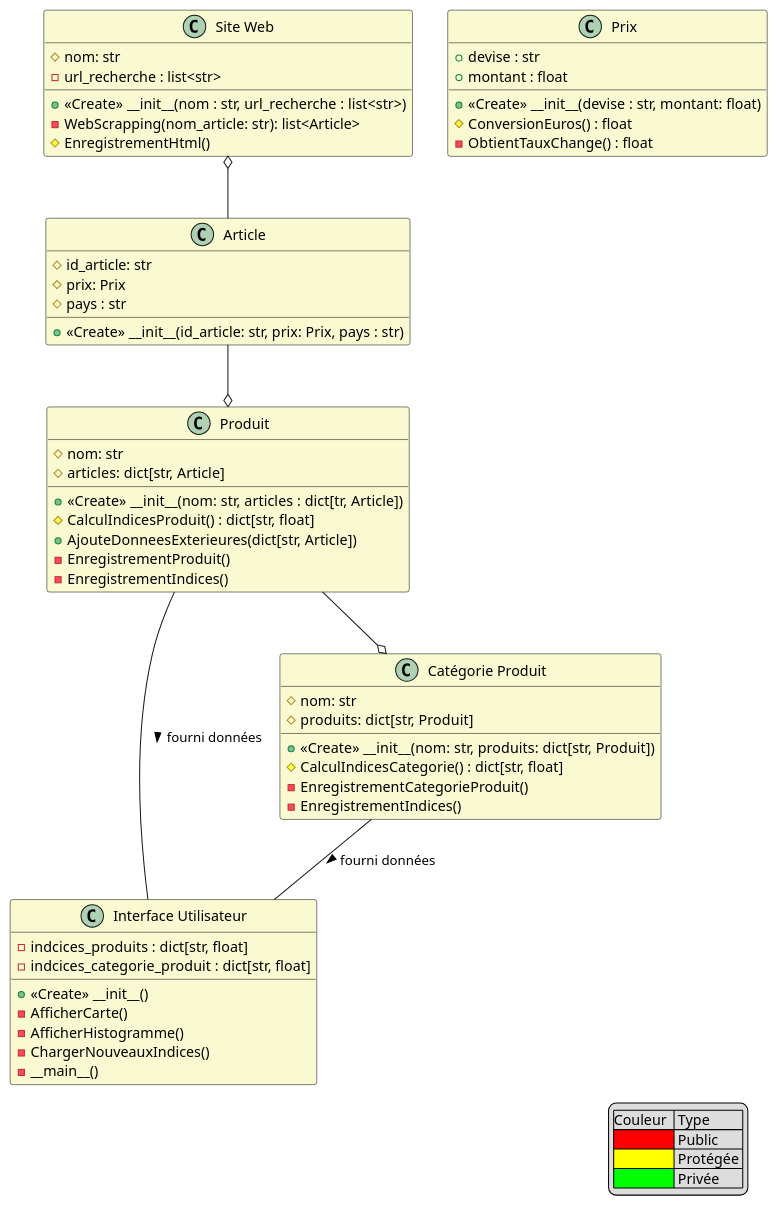
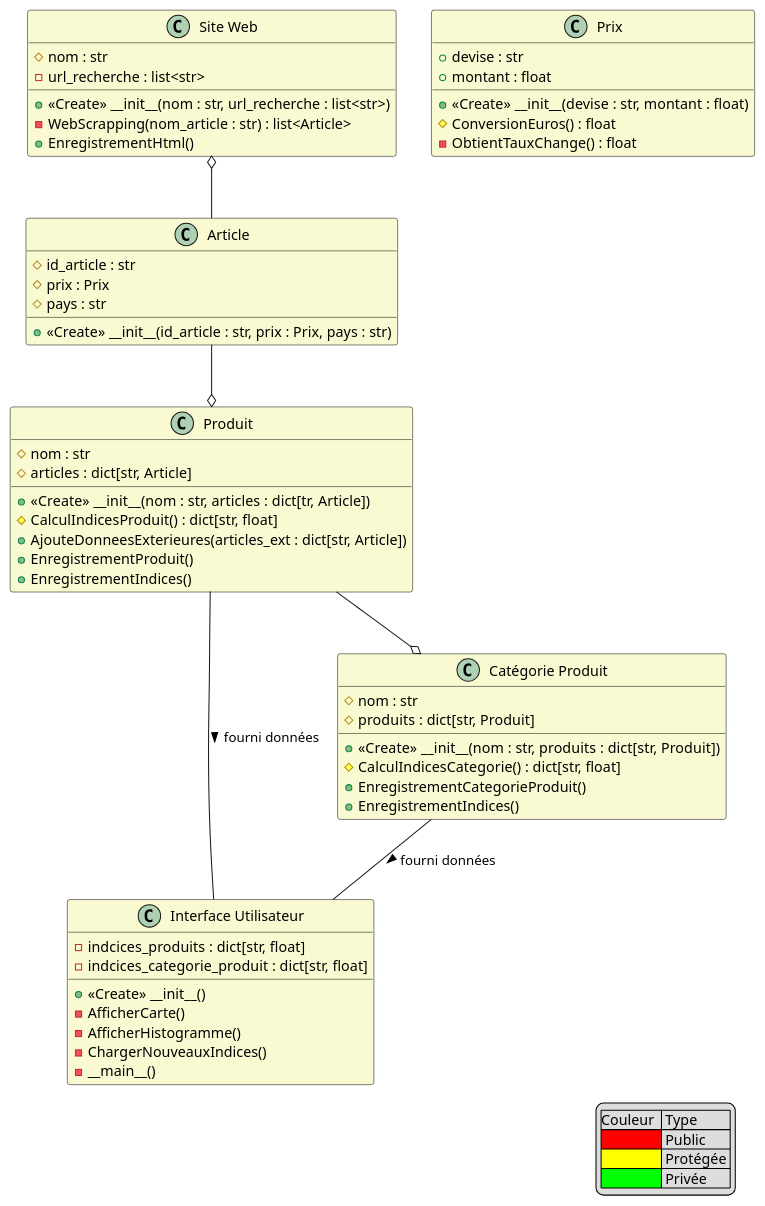
The diagram in diagrammes/uml.Pu (Sjats/ProjetTraitementdeDonnees2024), drawn with PlantUML before and after one commit.

```diff
--- a/diagrammes/uml.Pu
+++ b/diagrammes/uml.Pu
@@ -1,76 +1,76 @@
 @startuml
 legend right
     |Couleur  | Type     |
     |<#FF0000>| Public   |
     |<#FFFF00>| Protégée |
     |<#00FF00>| Privée   |
 endlegend
 
 skinparam class {
     BackgroundColor LightGoldenRodYellow
     BorderColor black
 }
 
 class "Site Web" {
-    # nom: str
+    # nom : str
     - url_recherche : list<str>
     + <<Create>> __init__(nom : str, url_recherche : list<str>)
-    - WebScrapping(nom_article: str): list<Article>
-    # EnregistrementHtml()
+    - WebScrapping(nom_article : str) : list<Article>
+    + EnregistrementHtml()
     
     
 }
 
 class "Interface Utilisateur" {
     - indcices_produits : dict[str, float]
     - indcices_categorie_produit : dict[str, float]
     + <<Create>> __init__()
     - AfficherCarte()
     - AfficherHistogramme()
     - ChargerNouveauxIndices()
     - __main__()
 }
 
 class Article {
-    # id_article: str
-    # prix: Prix
+    # id_article : str
+    # prix : Prix
     # pays : str
-    + <<Create>> __init__(id_article: str, prix: Prix, pays : str)
+    + <<Create>> __init__(id_article : str, prix : Prix, pays : str)
 }
 
 class Produit {
-    # nom: str
-    # articles: dict[str, Article]
-    + <<Create>> __init__(nom: str, articles : dict[tr, Article])
+    # nom : str
+    # articles : dict[str, Article]
+    + <<Create>> __init__(nom : str, articles : dict[tr, Article])
     # CalculIndicesProduit() : dict[str, float]
-    + AjouteDonneesExterieures(dict[str, Article]) 
-    - EnregistrementProduit()
-    - EnregistrementIndices()
+    + AjouteDonneesExterieures(articles_ext : dict[str, Article]) 
+    + EnregistrementProduit()
+    + EnregistrementIndices()
 }
 
 class "Catégorie Produit" {
-    # nom: str
-    # produits: dict[str, Produit]
-    + <<Create>> __init__(nom: str, produits: dict[str, Produit])
+    # nom : str
+    # produits : dict[str, Produit]
+    + <<Create>> __init__(nom : str, produits : dict[str, Produit])
     # CalculIndicesCategorie() : dict[str, float]
-    - EnregistrementCategorieProduit()
-    - EnregistrementIndices()
+    + EnregistrementCategorieProduit()
+    + EnregistrementIndices()
 }
 
 class Prix {
     + devise : str
     + montant : float
-    + <<Create>> __init__(devise : str, montant: float)
+    + <<Create>> __init__(devise : str, montant : float)
     # ConversionEuros() : float
     - ObtientTauxChange() : float
 
 }
 
 
 "Site Web" o-- Article
 Article --o Produit
 Produit --o "Catégorie Produit"
 
 "Catégorie Produit" -- "Interface Utilisateur" : fourni données >
 Produit -- "Interface Utilisateur" : fourni données >
 @enduml
```
